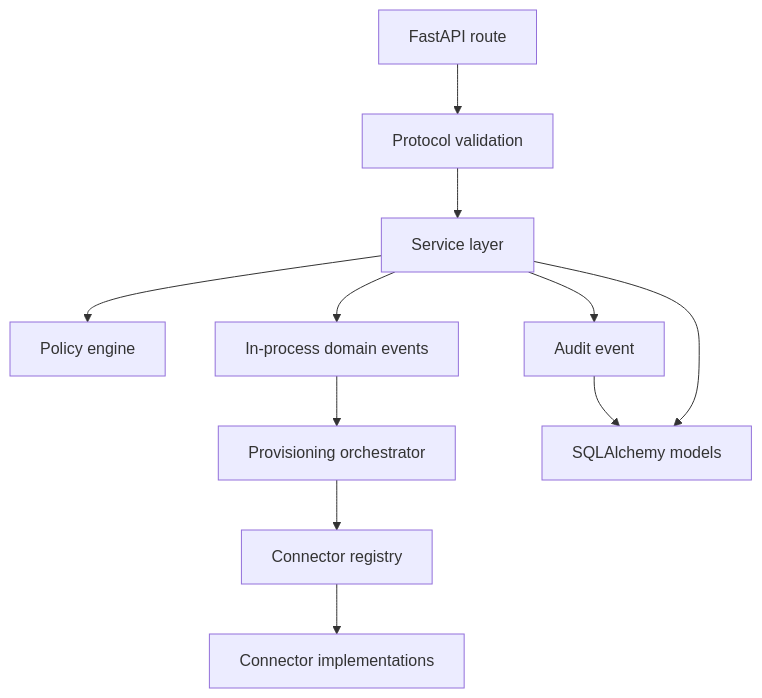
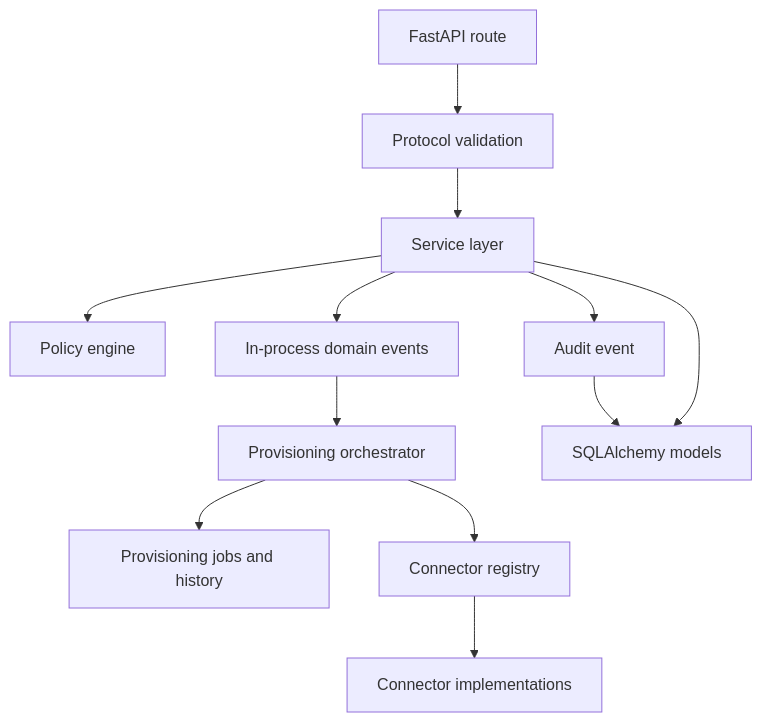
Before and after one commit to happelj/accessiq: the second of 9 diagrams in docs/architecture.md, drawn with Mermaid. The commit also changed other lines of this file and 14 other files, not shown here.

````diff
--- a/docs/architecture.md
+++ b/docs/architecture.md
@@ -29,24 +31,26 @@
 ```mermaid
 flowchart TD
     Route["FastAPI route"]
     Validation["Protocol validation"]
     Service["Service layer"]
     Policy["Policy engine"]
     Audit["Audit event"]
     Events["In-process domain events"]
     Orchestrator["Provisioning orchestrator"]
+    Jobs["Provisioning jobs and history"]
     Registry["Connector registry"]
     Connectors["Connector implementations"]
     Database["SQLAlchemy models"]
 
     Route --> Validation
     Validation --> Service
     Service --> Policy
     Service --> Audit
     Service --> Events
     Events --> Orchestrator
+    Orchestrator --> Jobs
     Orchestrator --> Registry
     Registry --> Connectors
     Audit --> Database
     Service --> Database
 ```
````
